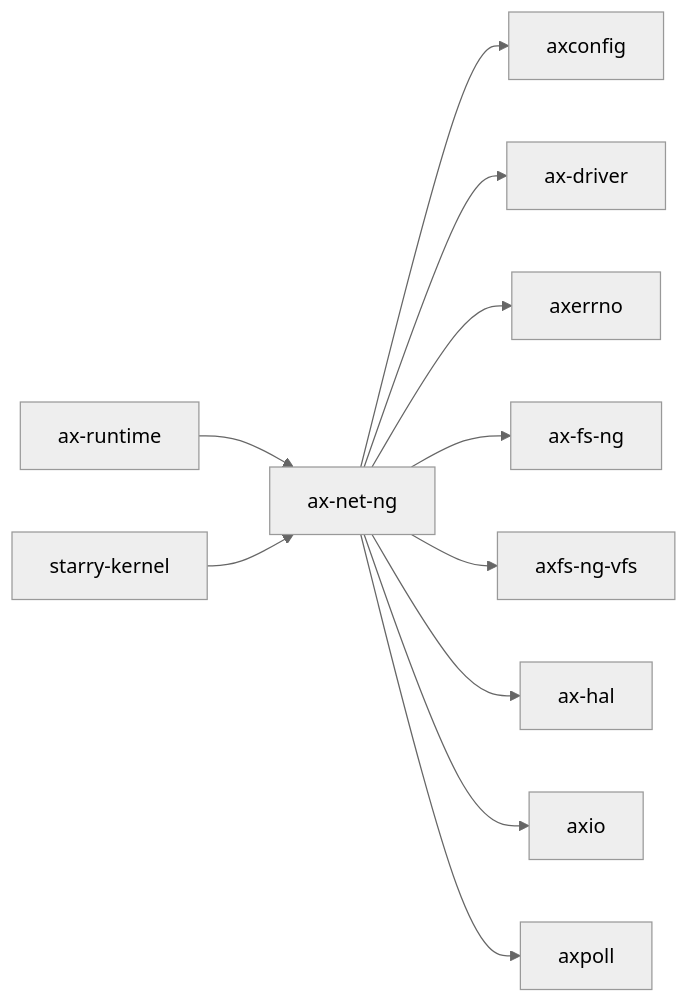
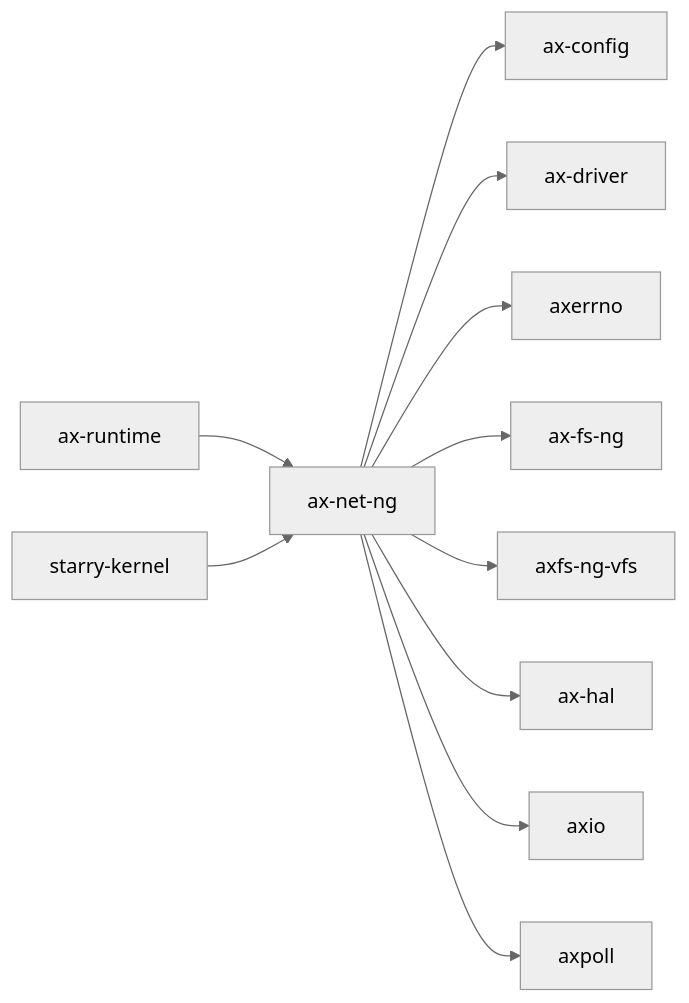
One commit to zKurisu/tgoskits changed the diagram in docs/crates/ax-net-ng.md. Above: the diagram before and after it, drawn with Mermaid (neutral theme). The commit also changed 65 other files, not shown here.

Commit message:
rename axconfig to ax-config

````diff
--- a/docs/crates/ax-net-ng.md
+++ b/docs/crates/ax-net-ng.md
@@ -39,14 +39,14 @@
 ```mermaid
 graph LR
     current["ax-net-ng"]
-    current --> axconfig["axconfig"]
+    current --> axconfig["ax-config"]
     current --> ax-driver["ax-driver"]
     current --> axerrno["axerrno"]
     current --> axfs_ng["ax-fs-ng"]
     current --> axfs_ng_vfs["axfs-ng-vfs"]
     current --> ax-hal["ax-hal"]
     current --> axio["axio"]
     current --> axpoll["axpoll"]
     ax_runtime["ax-runtime"] --> current
     starry_kernel["starry-kernel"] --> current
 ```
````
